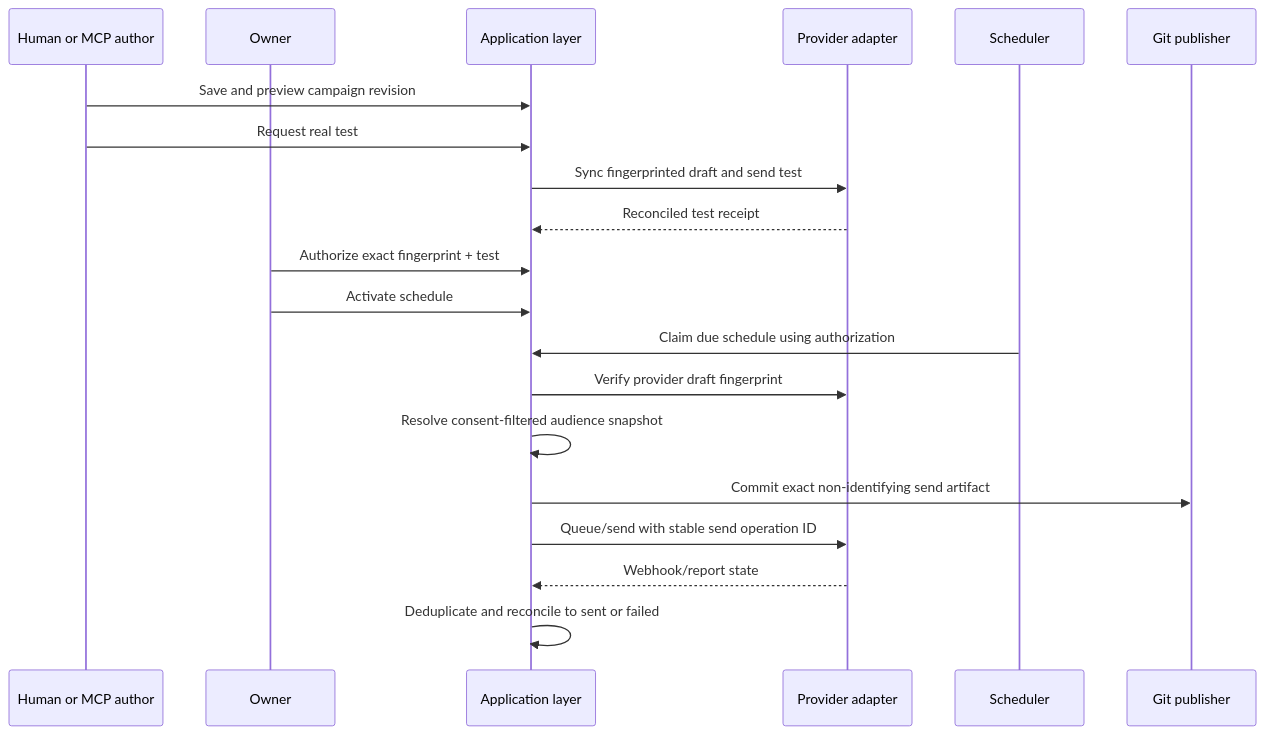
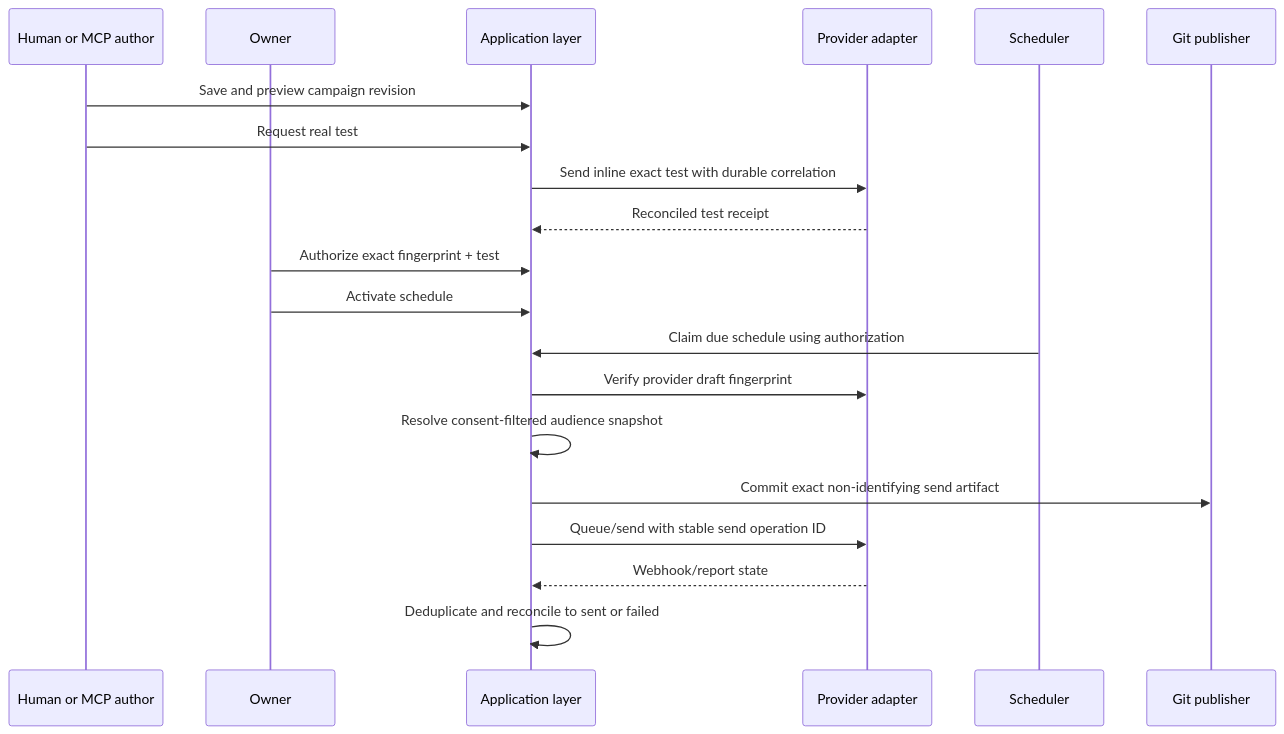
One commit to Humber-Foundry/foundry-cms changed the third of 4 diagrams in docs/domain/blog-newsletter-publishing-lifecycle.md. Above: the diagram before and after it, drawn with Mermaid. The commit also changed other lines of this file and 15 other files, not shown here.

Commit message:
fix: serialize exact campaign test sends (#51)

````diff
--- a/docs/domain/blog-newsletter-publishing-lifecycle.md
+++ b/docs/domain/blog-newsletter-publishing-lifecycle.md
@@ -397,23 +399,23 @@
 ```mermaid
 sequenceDiagram
     participant M as Human or MCP author
     participant O as Owner
     participant A as Application layer
     participant P as Provider adapter
     participant S as Scheduler
     participant G as Git publisher
 
     M->>A: Save and preview campaign revision
     M->>A: Request real test
-    A->>P: Sync fingerprinted draft and send test
+    A->>P: Send inline exact test with durable correlation
     P-->>A: Reconciled test receipt
     O->>A: Authorize exact fingerprint + test
     O->>A: Activate schedule
     S->>A: Claim due schedule using authorization
     A->>P: Verify provider draft fingerprint
     A->>A: Resolve consent-filtered audience snapshot
     A->>G: Commit exact non-identifying send artifact
     A->>P: Queue/send with stable send operation ID
     P-->>A: Webhook/report state
     A->>A: Deduplicate and reconcile to sent or failed
 ```
````
